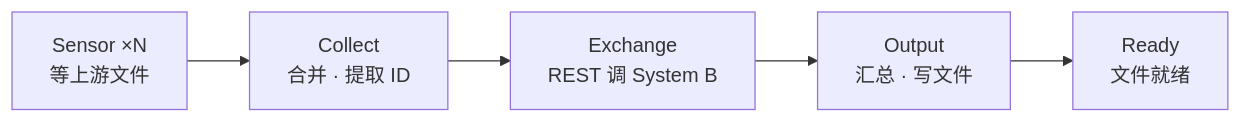
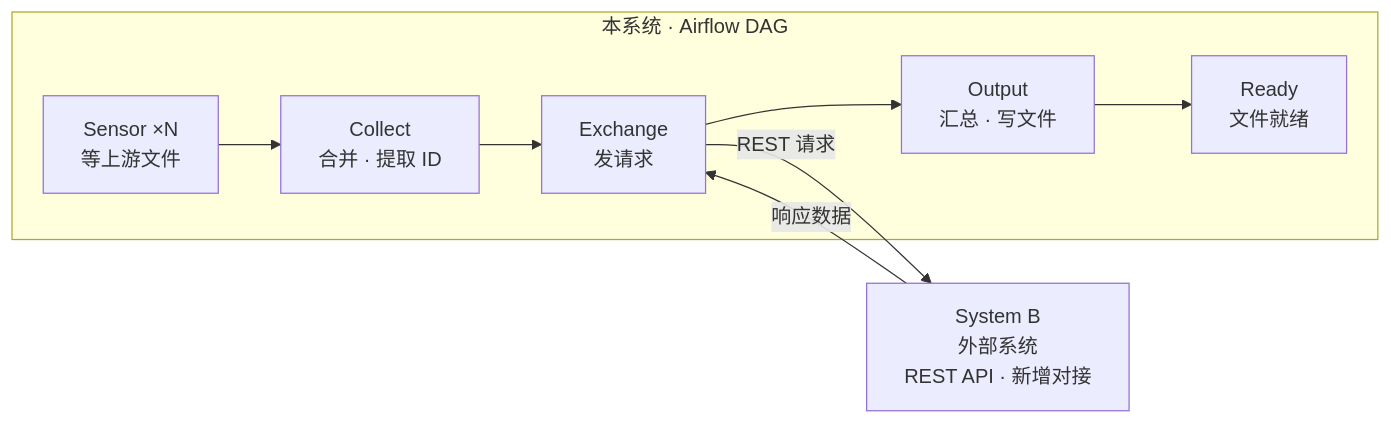
Before and after one commit to owengoodluck/docs-workbench: the second of 2 diagrams in design/security-id-migration/2026-11-03-系统架构-design.md, drawn with Mermaid. The commit also changed other lines of this file, not shown here.

First line of the commit message:
refactor(design): 将 System A / B 提升为系统边界外的独立节点

````diff
--- a/design/security-id-migration/2026-11-03-系统架构-design.md
+++ b/design/security-id-migration/2026-11-03-系统架构-design.md
@@ -61,7 +65,11 @@
 ```mermaid
 flowchart LR
-    S["Sensor ×N<br/>等上游文件"] --> C["Collect<br/>合并 · 提取 ID"]
-    C --> X["Exchange<br/>REST 调 System B"]
-    X --> O["Output<br/>汇总 · 写文件"]
-    O --> R["Ready<br/>文件就绪"]
+    subgraph SYS["本系统 · Airflow DAG"]
+        S["Sensor ×N<br/>等上游文件"] --> C["Collect<br/>合并 · 提取 ID"]
+        C --> X["Exchange<br/>发请求"]
+        X --> O["Output<br/>汇总 · 写文件"]
+        O --> R["Ready<br/>文件就绪"]
+    end
+    X -- "REST 请求" --> B["System B<br/>外部系统<br/>REST API · 新增对接"]
+    B -- "响应数据" --> X
 ```
````
